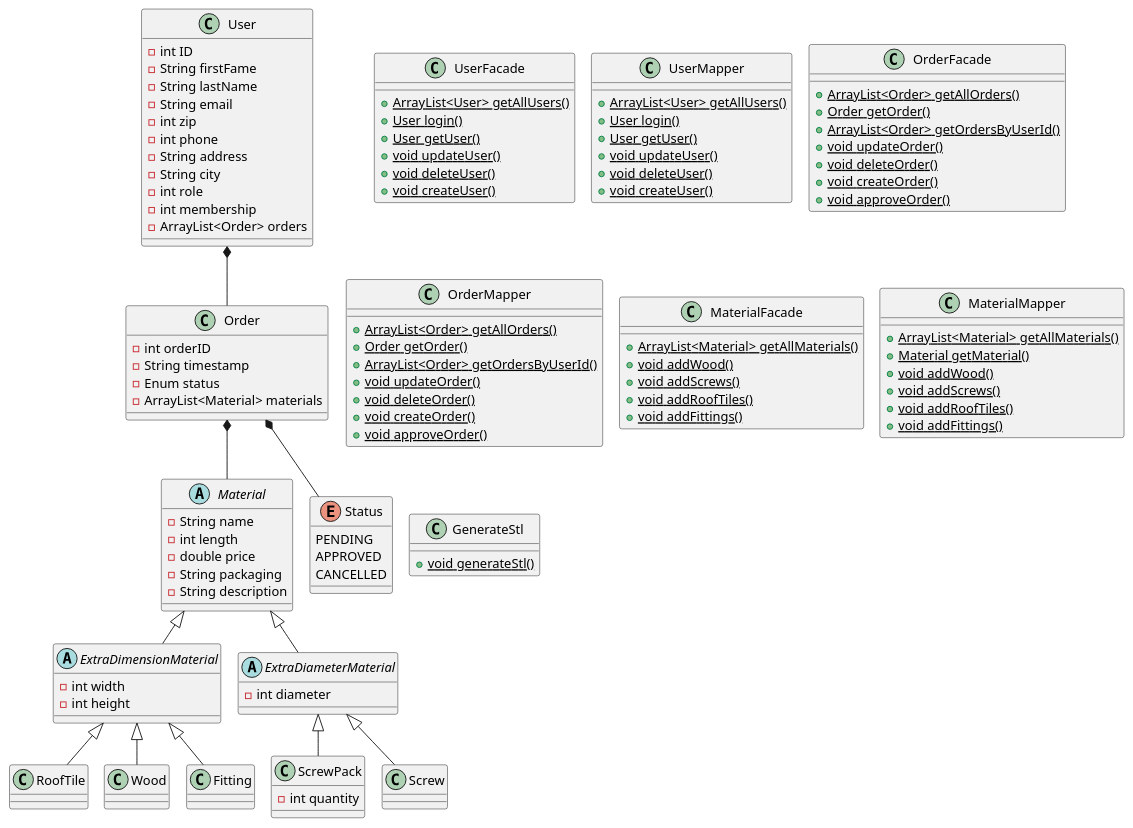
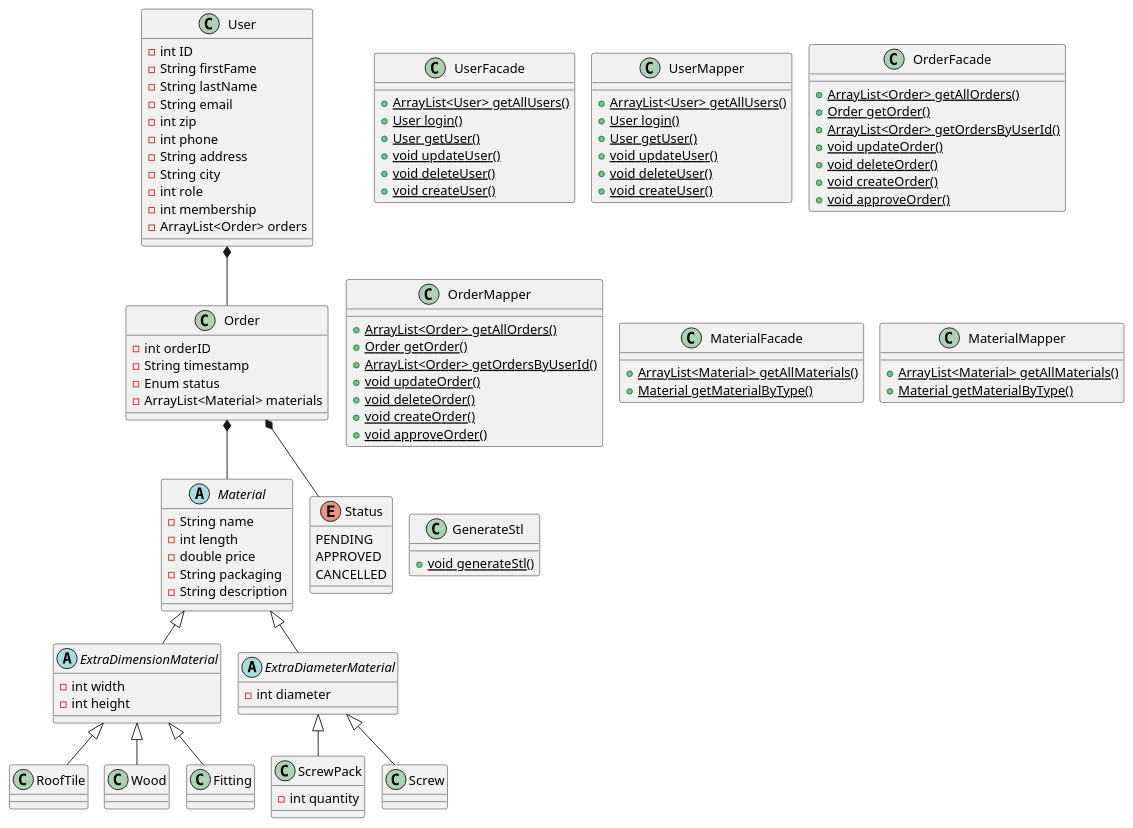
One commit to HeinLarsen/fog-carport changed the diagram in documentation/ClassDiagramV3.puml. Above: the diagram before and after it, drawn with PlantUML. The commit also changed 3 other files, not shown here.

```diff
--- a/documentation/ClassDiagramV3.puml
+++ b/documentation/ClassDiagramV3.puml
@@ -1,137 +1,131 @@
 @startuml
 'https://plantuml.com/class-diagram
 
 !pragma layout smetana
 
 class User {
 - int ID
 - String firstFame
 - String lastName
 - String email
 - int zip
 - int phone
 - String address
 - String city
 - int role
 - int membership
 - ArrayList<Order> orders
 }
 
 class UserFacade {
 + {static} ArrayList<User> getAllUsers()
 + {static} User login()
 + {static} User getUser()
 + {static} void updateUser()
 + {static} void deleteUser()
 + {static} void createUser()
 }
 
 class UserMapper {
 + {static} ArrayList<User> getAllUsers()
 + {static} User login()
 + {static} User getUser()
 + {static} void updateUser()
 + {static} void deleteUser()
 + {static} void createUser()
 }
 
 class Order {
 - int orderID
 - String timestamp
 - Enum status
 - ArrayList<Material> materials
 }
 
 class OrderFacade {
 + {static} ArrayList<Order> getAllOrders()
 + {static} Order getOrder()
 + {static} ArrayList<Order> getOrdersByUserId()
 + {static} void updateOrder()
 + {static} void deleteOrder()
 + {static} void createOrder()
 + {static} void approveOrder()
 }
 
 class OrderMapper {
 + {static} ArrayList<Order> getAllOrders()
 + {static} Order getOrder()
 + {static} ArrayList<Order> getOrdersByUserId()
 + {static} void updateOrder()
 + {static} void deleteOrder()
 + {static} void createOrder()
 + {static} void approveOrder()
 }
 
 class MaterialFacade {
 + {static} ArrayList<Material> getAllMaterials()
-+ {static} void addWood()
-+ {static} void addScrews()
-+ {static} void addRoofTiles()
-+ {static} void addFittings()
++ {static} Material getMaterialByType()
 }
 
 class MaterialMapper {
 + {static} ArrayList<Material> getAllMaterials()
-+ {static} Material getMaterial()
-+ {static} void addWood()
-+ {static} void addScrews()
-+ {static} void addRoofTiles()
-+ {static} void addFittings()
++ {static} Material getMaterialByType()
+
 }
 
 class GenerateStl {
 + {static} void generateStl()
 }
 
 abstract class Material {
 - String name
 - int length
 - double price
 - String packaging
 - String description
 }
 
 abstract class ExtraDimensionMaterial {
 - int width
 - int height
 }
 
 class RoofTile {
 }
 
 class Wood {
 }
 
 class Fitting {
 }
 
 abstract class ExtraDiameterMaterial {
 - int diameter
 }
 
 class ScrewPack {
 - int quantity
 }
 
 class Screw {
 }
 
 Enum Status {
     PENDING
     APPROVED
     CANCELLED
 }
 
 Material <|-- ExtraDimensionMaterial
 ExtraDimensionMaterial <|-- RoofTile
 ExtraDimensionMaterial <|-- Wood
 ExtraDimensionMaterial <|-- Fitting
 Material <|-- ExtraDiameterMaterial
 ExtraDiameterMaterial <|-- ScrewPack
 ExtraDiameterMaterial <|-- Screw
 
 Order *-- Material
 Order *-- Status
 User *-- Order
 
 @enduml
```
